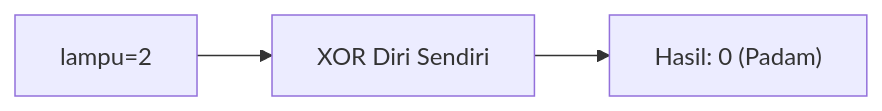
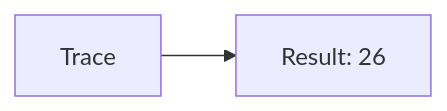
The eighth of 25 diagrams in part-c-pemahaman-cpp/06-bitwise/latihan/set-10.md (amnahwaida/OSNK_INF_PREP), drawn with Mermaid before and after one commit. The commit also changed other lines of this file and 71 other files, not shown here.

````diff
--- a/part-c-pemahaman-cpp/06-bitwise/latihan/set-10.md
+++ b/part-c-pemahaman-cpp/06-bitwise/latihan/set-10.md
@@ -212,5 +169,4 @@
 ```mermaid
 graph LR
-A["lampu=2"] --> B["XOR Diri Sendiri"]
-B --> C["Hasil: 0 (Padam)"]
+A[Trace] --> B[Result: 26]
 ```
````
